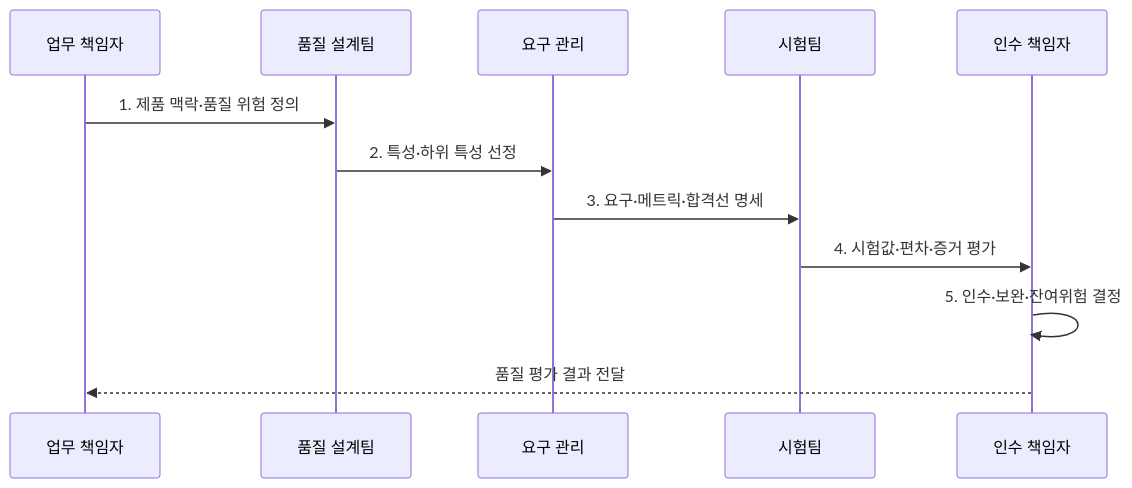
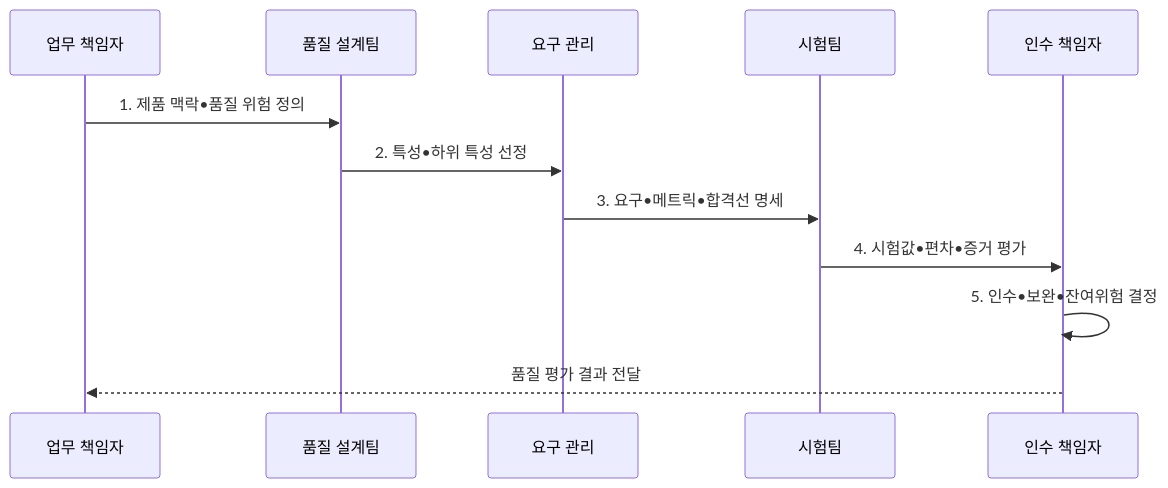
The second of 2 diagrams in src/content/docs/notes/06-evaluation/029_iso_25010.md (agnusdei1207/knowledge-base), drawn with Mermaid before and after one commit. The commit also changed other lines of this file and 953 other files, not shown here.

````diff
--- a/src/content/docs/notes/06-evaluation/029_iso_25010.md
+++ b/src/content/docs/notes/06-evaluation/029_iso_25010.md
@@ -101,14 +101,14 @@
 ```mermaid
 sequenceDiagram
   participant B as 업무 책임자
   participant Q as 품질 설계팀
   participant R as 요구 관리
   participant T as 시험팀
   participant A as 인수 책임자
-  B->>Q: 1. 제품 맥락·품질 위험 정의
-  Q->>R: 2. 특성·하위 특성 선정
-  R->>T: 3. 요구·메트릭·합격선 명세
-  T->>A: 4. 시험값·편차·증거 평가
-  A->>A: 5. 인수·보완·잔여위험 결정
+  B->>Q: 1. 제품 맥락•품질 위험 정의
+  Q->>R: 2. 특성•하위 특성 선정
+  R->>T: 3. 요구•메트릭•합격선 명세
+  T->>A: 4. 시험값•편차•증거 평가
+  A->>A: 5. 인수•보완•잔여위험 결정
   A-->>B: 품질 평가 결과 전달
 ```
````
